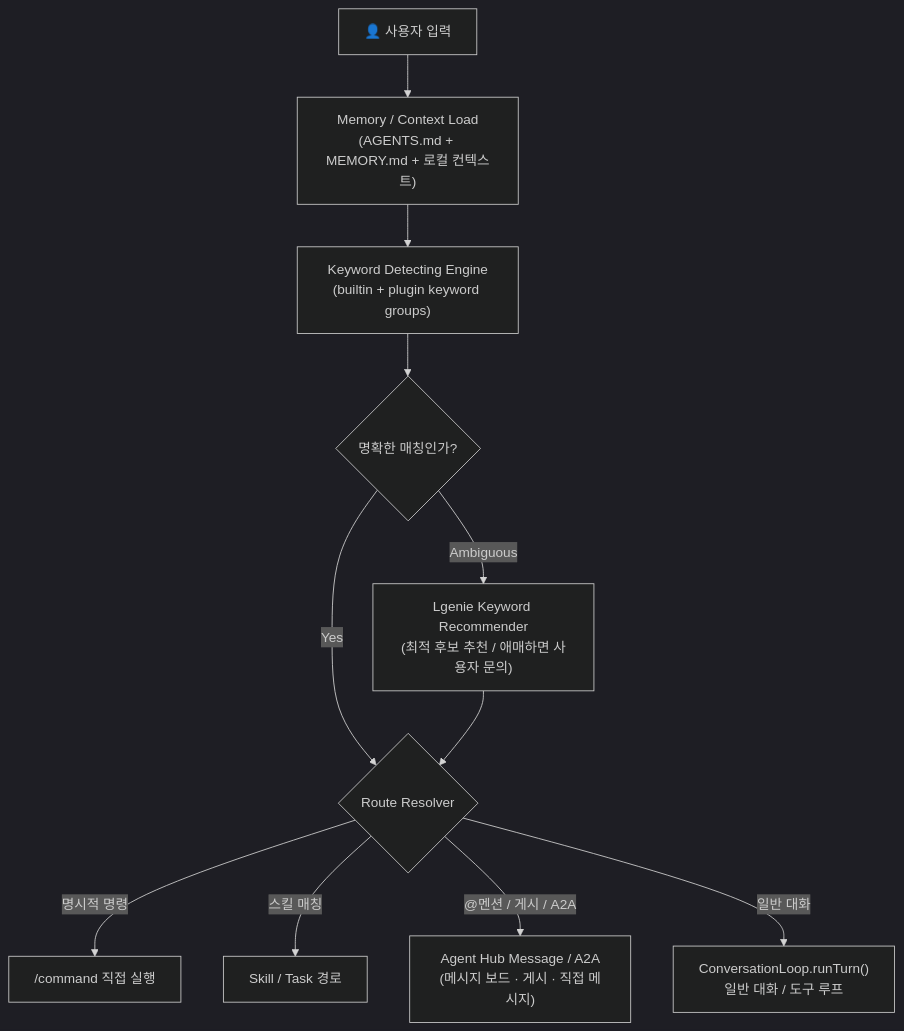
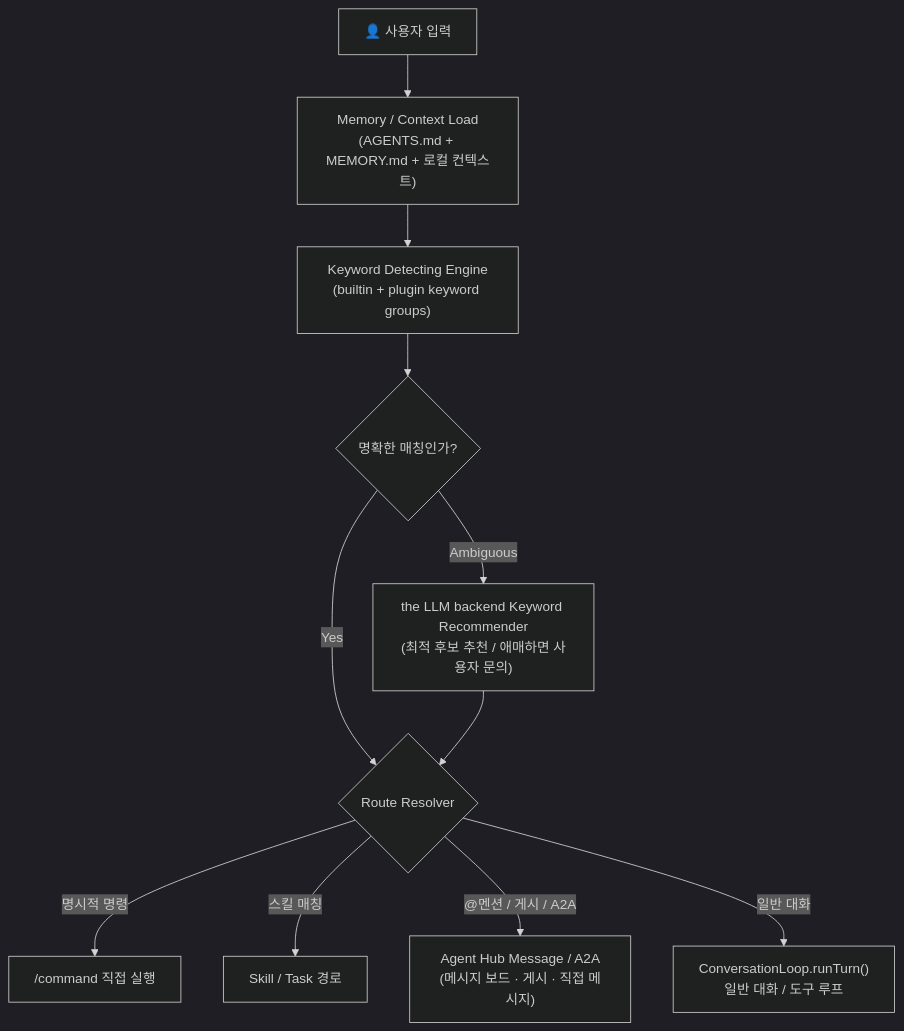
Before and after one commit to lvis-project/lvis-app: the seventh of 44 diagrams in docs/architecture/architecture.md, drawn with Mermaid (dark theme). The commit also changed other lines of this file and 86 other files, not shown here.

````diff
--- a/docs/architecture/architecture.md
+++ b/docs/architecture/architecture.md
@@ -435,22 +435,22 @@
 ```mermaid
 flowchart TB
     INPUT["👤 사용자 입력"]
     MEMORY["Memory / Context Load<br/>(AGENTS.md + MEMORY.md + 로컬 컨텍스트)"]
     DETECT["Keyword Detecting Engine<br/>(builtin + plugin keyword groups)"]
     DISAMBIG{"명확한 매칭인가?"}
-    RECOMMEND["Lgenie Keyword Recommender<br/>(최적 후보 추천 / 애매하면 사용자 문의)"]
+    RECOMMEND["the LLM backend Keyword Recommender<br/>(최적 후보 추천 / 애매하면 사용자 문의)"]
     ROUTE{"Route Resolver"}
 
     COMMAND["/command 직접 실행"]
     SKILL["Skill / Task 경로"]
     AGENT["Agent Hub Message / A2A<br/>(메시지 보드 · 게시 · 직접 메시지)"]
     CHAT["ConversationLoop.runTurn()<br/>일반 대화 / 도구 루프"]
 
     INPUT --> MEMORY --> DETECT --> DISAMBIG
     DISAMBIG -->|"Yes"| ROUTE
     DISAMBIG -->|"Ambiguous"| RECOMMEND --> ROUTE
     ROUTE -->|"명시적 명령"| COMMAND
     ROUTE -->|"스킬 매칭"| SKILL
     ROUTE -->|"@멘션 / 게시 / A2A"| AGENT
     ROUTE -->|"일반 대화"| CHAT
 ```
````
